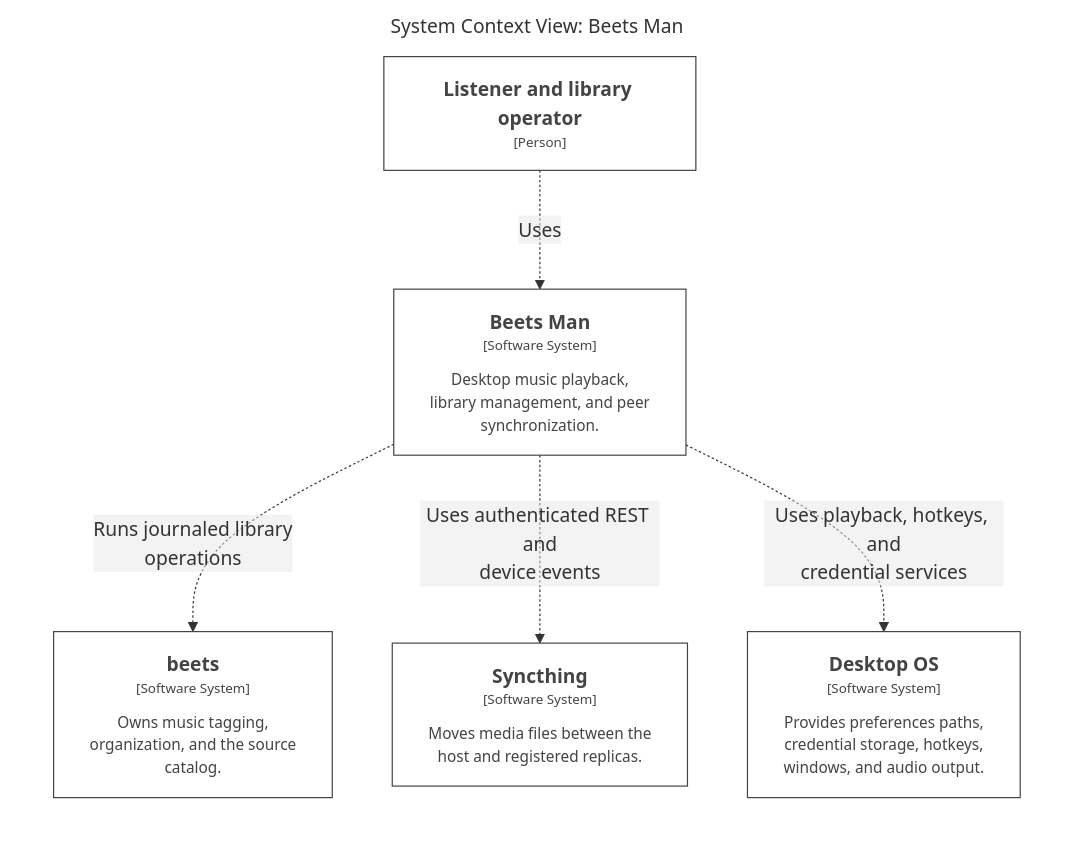
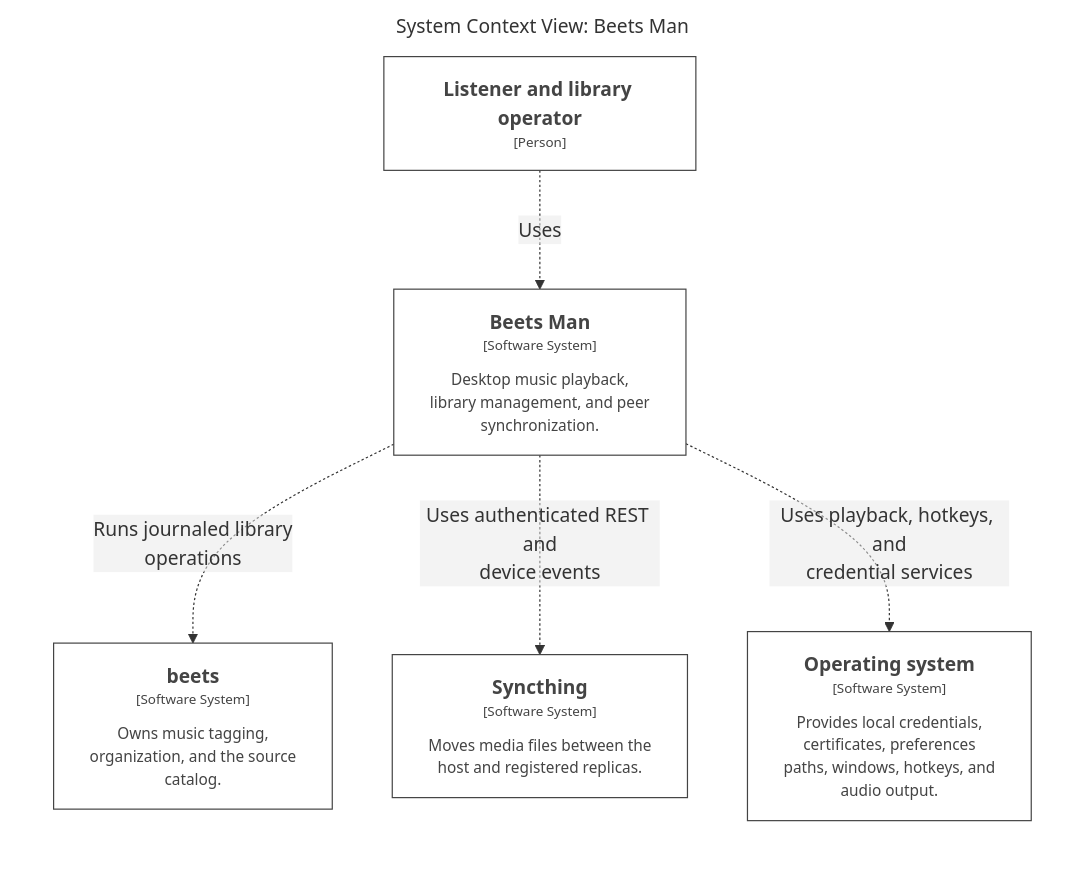
One commit to sharpninja/beets-man changed the first of 13 diagrams in docs/Project/wiki/github/C4-Views.md. Above: the diagram before and after it, drawn with Mermaid. The commit also changed other lines of this file and 229 other files, not shown here.

````diff
--- a/docs/Project/wiki/github/C4-Views.md
+++ b/docs/Project/wiki/github/C4-Views.md
@@ -7,25 +7,25 @@
 ```mermaid
 graph LR
   linkStyle default fill:#ffffff
 
   subgraph diagram ["System Context View: Beets Man"]
     style diagram fill:#ffffff,stroke:#ffffff
 
     1["<div style='font-weight: bold'>Listener and library operator</div><div style='font-size: 70%; margin-top: 0px'>[Person]</div>"]
     style 1 fill:#ffffff,stroke:#444444,color:#444444
     2["<div style='font-weight: bold'>beets</div><div style='font-size: 70%; margin-top: 0px'>[Software System]</div><div style='font-size: 80%; margin-top:10px'>Owns music tagging,<br />organization, and the source<br />catalog.</div>"]
     style 2 fill:#ffffff,stroke:#444444,color:#444444
     3["<div style='font-weight: bold'>Syncthing</div><div style='font-size: 70%; margin-top: 0px'>[Software System]</div><div style='font-size: 80%; margin-top:10px'>Moves media files between the<br />host and registered replicas.</div>"]
     style 3 fill:#ffffff,stroke:#444444,color:#444444
-    5["<div style='font-weight: bold'>Desktop OS</div><div style='font-size: 70%; margin-top: 0px'>[Software System]</div><div style='font-size: 80%; margin-top:10px'>Provides preferences paths,<br />credential storage, hotkeys,<br />windows, and audio output.</div>"]
+    5["<div style='font-weight: bold'>Operating system</div><div style='font-size: 70%; margin-top: 0px'>[Software System]</div><div style='font-size: 80%; margin-top:10px'>Provides local credentials,<br />certificates, preferences<br />paths, windows, hotkeys, and<br />audio output.</div>"]
     style 5 fill:#ffffff,stroke:#444444,color:#444444
     6["<div style='font-weight: bold'>Beets Man</div><div style='font-size: 70%; margin-top: 0px'>[Software System]</div><div style='font-size: 80%; margin-top:10px'>Desktop music playback,<br />library management, and peer<br />synchronization.</div>"]
     style 6 fill:#ffffff,stroke:#444444,color:#444444
 
     1-. "<div>Uses</div><div style='font-size: 70%'></div>" .->6
     6-. "<div>Uses playback, hotkeys, and<br />credential services</div><div style='font-size: 70%'></div>" .->5
     6-. "<div>Runs journaled library<br />operations</div><div style='font-size: 70%'></div>" .->2
     6-. "<div>Uses authenticated REST and<br />device events</div><div style='font-size: 70%'></div>" .->3
 
   end
 ```
````
